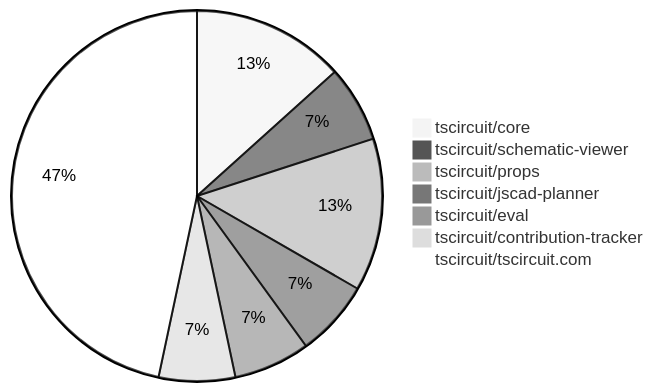
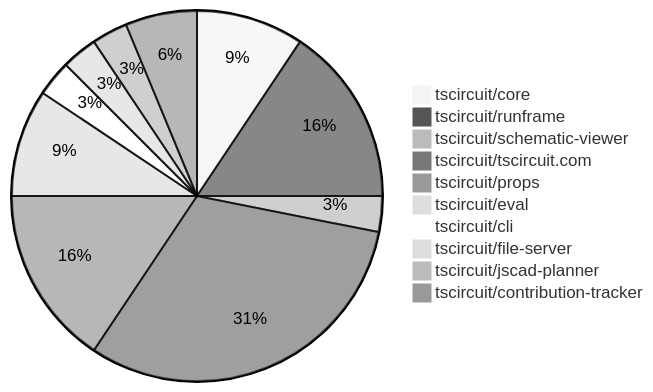
The diagram in README.md (tscircuit/contribution-tracker), drawn with Mermaid (neutral theme) before and after one commit. The commit also changed other lines of this file and 2 other files, not shown here.

Commit message:
Update contribution overviews

````diff
--- a/README.md
+++ b/README.md
@@ -24,10 +24,13 @@
 ```mermaid
 pie
-    "tscircuit/core" : 2
+    "tscircuit/core" : 3
+    "tscircuit/runframe" : 5
     "tscircuit/schematic-viewer" : 1
-    "tscircuit/props" : 2
+    "tscircuit/tscircuit.com" : 10
+    "tscircuit/props" : 5
+    "tscircuit/eval" : 3
+    "tscircuit/cli" : 1
+    "tscircuit/file-server" : 1
     "tscircuit/jscad-planner" : 1
-    "tscircuit/eval" : 1
-    "tscircuit/contribution-tracker" : 1
-    "tscircuit/tscircuit.com" : 7
+    "tscircuit/contribution-tracker" : 2
 ```
````
